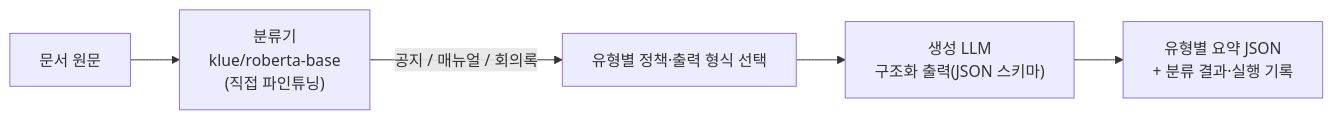
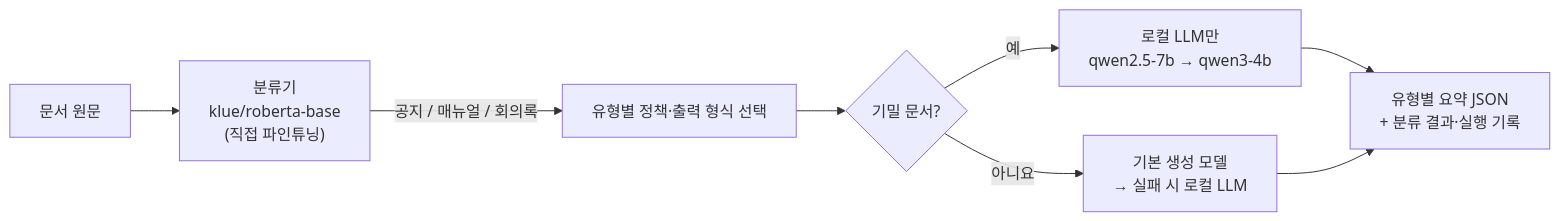
One commit to AI3526/doc-classifier-summarizer-chain changed the diagram in README.md. Above: the diagram before and after it, drawn with Mermaid. The commit also changed other lines of this file and 25 other files, not shown here.

````diff
--- a/README.md
+++ b/README.md
@@ -14,7 +14,10 @@
 ```mermaid
 flowchart LR
     A[문서 원문] --> B["분류기<br/>klue/roberta-base<br/>(직접 파인튜닝)"]
     B -->|공지 / 매뉴얼 / 회의록| C["유형별 정책·출력 형식 선택"]
-    C --> D["생성 LLM<br/>구조화 출력(JSON 스키마)"]
-    D --> E["유형별 요약 JSON<br/>+ 분류 결과·실행 기록"]
+    C --> R{"기밀 문서?"}
+    R -->|예| L["로컬 LLM만<br/>qwen2.5-7b → qwen3-4b"]
+    R -->|아니요| N["기본 생성 모델<br/>→ 실패 시 로컬 LLM"]
+    L --> E["유형별 요약 JSON<br/>+ 분류 결과·실행 기록"]
+    N --> E
 ```
````
